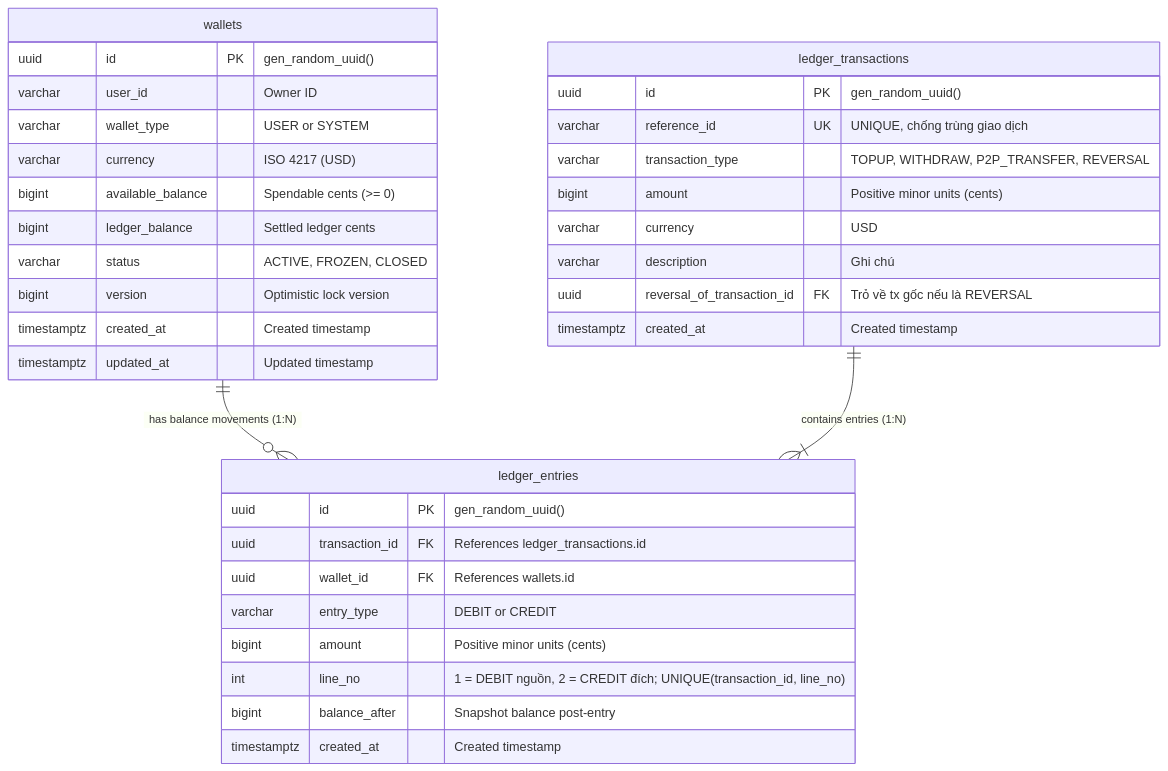
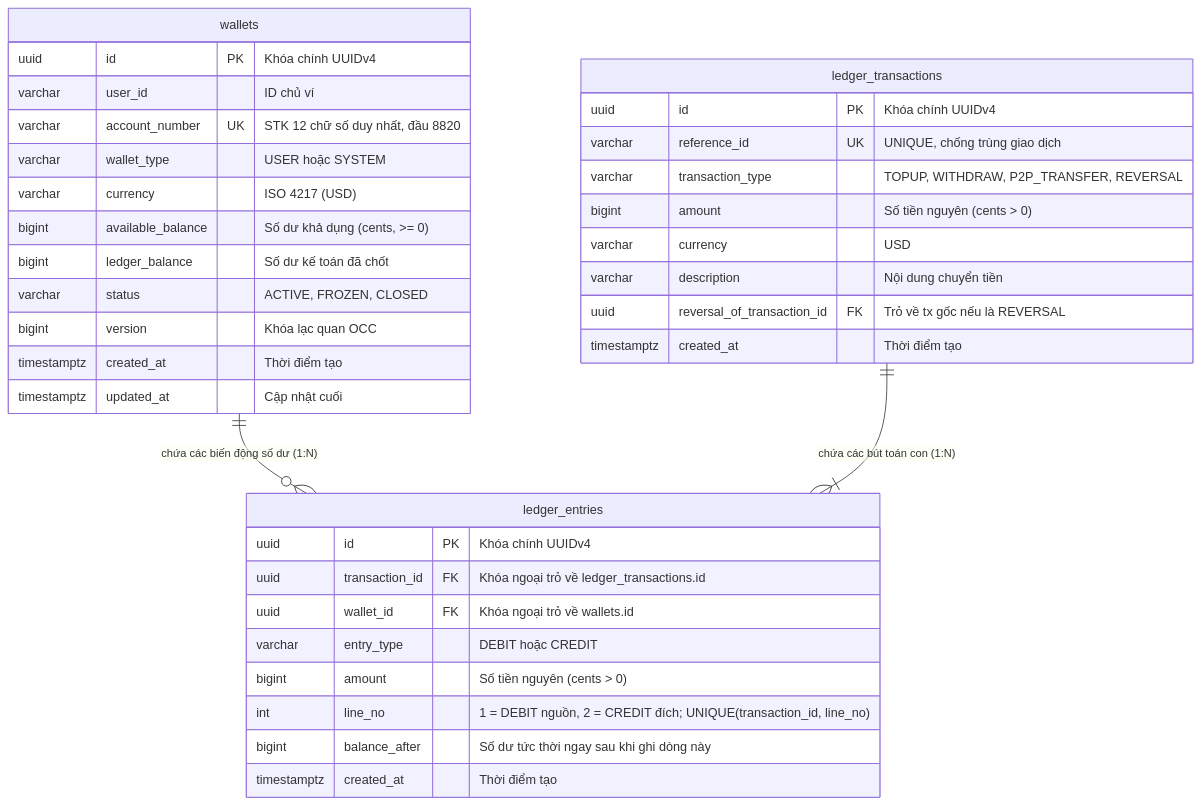
The second of 6 diagrams in docs/diagram/ledger.md (dducsw/mini-digital-wallet), drawn with Mermaid before and after one commit. The commit also changed other lines of this file and 147 other files, not shown here.

````diff
--- a/docs/diagram/ledger.md
+++ b/docs/diagram/ledger.md
@@ -37,40 +39,41 @@
 ```mermaid
 erDiagram
-    wallets ||--o{ ledger_entries : "has balance movements (1:N)"
-    ledger_transactions ||--|{ ledger_entries : "contains entries (1:N)"
+    wallets ||--o{ ledger_entries : "chứa các biến động số dư (1:N)"
+    ledger_transactions ||--|{ ledger_entries : "chứa các bút toán con (1:N)"
 
     wallets {
-        uuid id PK "gen_random_uuid()"
-        varchar user_id "Owner ID"
-        varchar wallet_type "USER or SYSTEM"
+        uuid id PK "Khóa chính UUIDv4"
+        varchar user_id "ID chủ ví"
+        varchar account_number UK "STK 12 chữ số duy nhất, đầu 8820"
+        varchar wallet_type "USER hoặc SYSTEM"
         varchar currency "ISO 4217 (USD)"
-        bigint available_balance "Spendable cents (>= 0)"
-        bigint ledger_balance "Settled ledger cents"
+        bigint available_balance "Số dư khả dụng (cents, >= 0)"
+        bigint ledger_balance "Số dư kế toán đã chốt"
         varchar status "ACTIVE, FROZEN, CLOSED"
-        bigint version "Optimistic lock version"
-        timestamptz created_at "Created timestamp"
-        timestamptz updated_at "Updated timestamp"
+        bigint version "Khóa lạc quan OCC"
+        timestamptz created_at "Thời điểm tạo"
+        timestamptz updated_at "Cập nhật cuối"
     }
 
     ledger_transactions {
-        uuid id PK "gen_random_uuid()"
+        uuid id PK "Khóa chính UUIDv4"
         varchar reference_id UK "UNIQUE, chống trùng giao dịch"
         varchar transaction_type "TOPUP, WITHDRAW, P2P_TRANSFER, REVERSAL"
-        bigint amount "Positive minor units (cents)"
+        bigint amount "Số tiền nguyên (cents > 0)"
         varchar currency "USD"
-        varchar description "Ghi chú"
+        varchar description "Nội dung chuyển tiền"
         uuid reversal_of_transaction_id FK "Trỏ về tx gốc nếu là REVERSAL"
-        timestamptz created_at "Created timestamp"
+        timestamptz created_at "Thời điểm tạo"
     }
 
     ledger_entries {
-        uuid id PK "gen_random_uuid()"
-        uuid transaction_id FK "References ledger_transactions.id"
-        uuid wallet_id FK "References wallets.id"
-        varchar entry_type "DEBIT or CREDIT"
-        bigint amount "Positive minor units (cents)"
+        uuid id PK "Khóa chính UUIDv4"
+        uuid transaction_id FK "Khóa ngoại trỏ về ledger_transactions.id"
+        uuid wallet_id FK "Khóa ngoại trỏ về wallets.id"
+        varchar entry_type "DEBIT hoặc CREDIT"
+        bigint amount "Số tiền nguyên (cents > 0)"
         int line_no "1 = DEBIT nguồn, 2 = CREDIT đích; UNIQUE(transaction_id, line_no)"
-        bigint balance_after "Snapshot balance post-entry"
-        timestamptz created_at "Created timestamp"
+        bigint balance_after "Số dư tức thời ngay sau khi ghi dòng này"
+        timestamptz created_at "Thời điểm tạo"
     }
 ```
````
